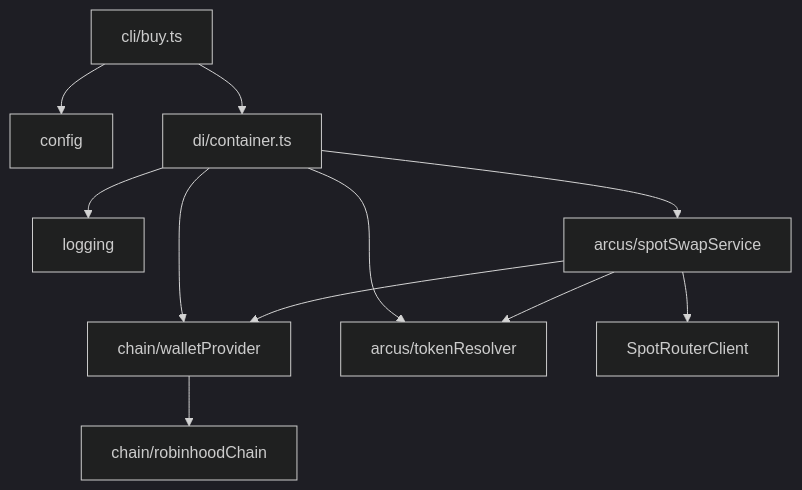
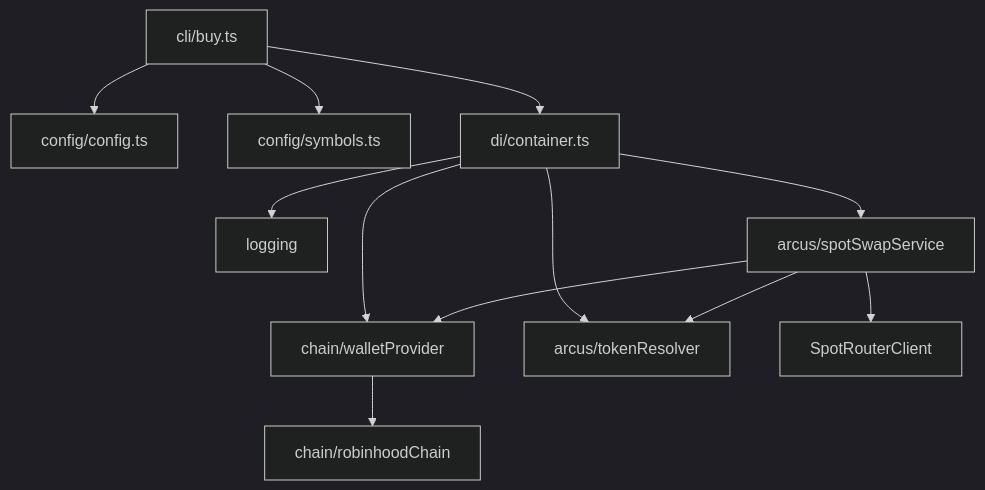
Before and after one commit to lexer/arcusdelta: the first of 4 diagrams in docs/architecture.md, drawn with Mermaid (dark theme). The commit also changed other lines of this file and 2 other files, not shown here.

First line of the commit message:
docs: update README and architecture for multi-symbol config

````diff
--- a/docs/architecture.md
+++ b/docs/architecture.md
@@ -24,13 +26,14 @@
 ```mermaid
 graph TD
-    CLI[cli/buy.ts] --> Cfg[config]
+    CLI[cli/buy.ts] --> Cfg[config/config.ts]
+    CLI --> Sym[config/symbols.ts]
     CLI --> DI[di/container.ts]
     DI --> Log[logging]
     DI --> Wallet[chain/walletProvider]
     DI --> Tokens[arcus/tokenResolver]
     DI --> Svc[arcus/spotSwapService]
     Wallet --> Chain[chain/robinhoodChain]
     Svc --> SDK[SpotRouterClient]
     Svc --> Wallet
     Svc --> Tokens
 ```
````
